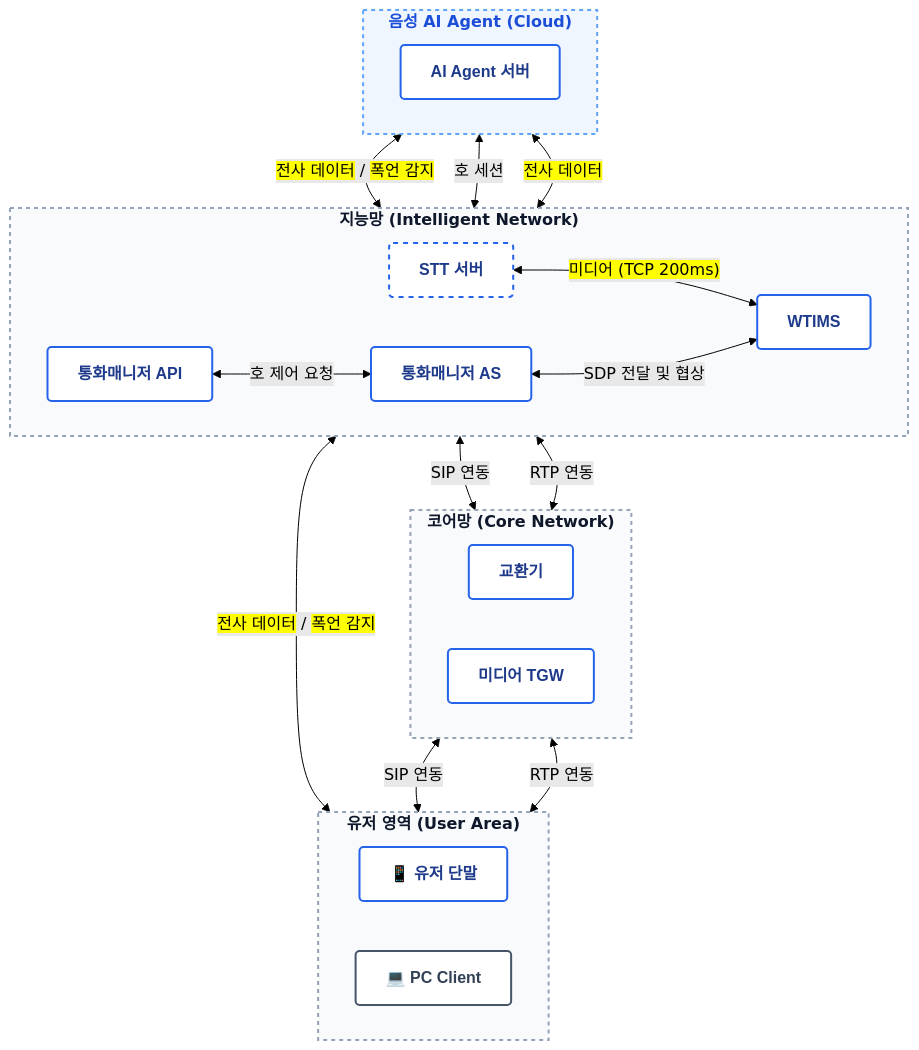
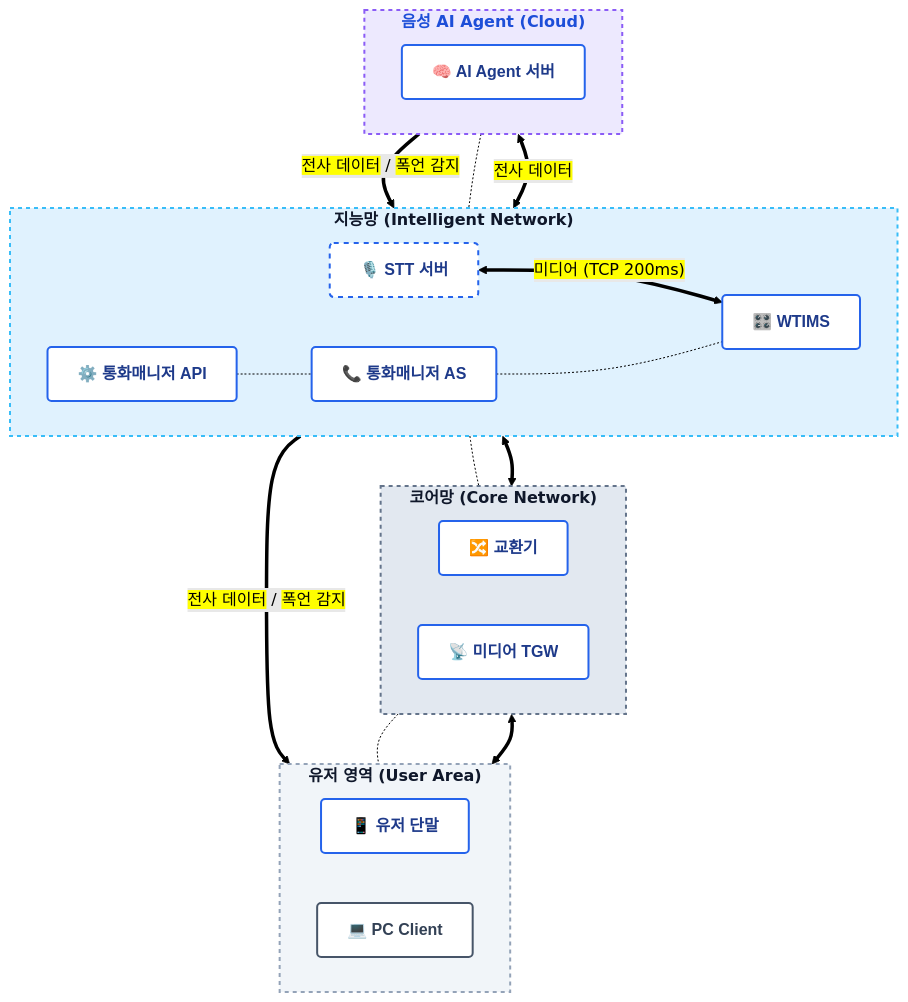
Before and after one commit to hak023/sip_pbx: the diagram in docs/architecture/stt-agent-integration-in-stt.md, drawn with Mermaid (forest theme).

Commit message:
docs: apply ppt style layout with icons and pastel layers

````diff
--- a/docs/architecture/stt-agent-integration-in-stt.md
+++ b/docs/architecture/stt-agent-integration-in-stt.md
@@ -4,65 +4,69 @@
 ```mermaid
 graph TD
     %% 스타일 정의 (블루 & 화이트 컨설팅 펌 테마)
     classDef default fill:#ffffff,stroke:#cbd5e1,stroke-width:1px,color:#334155,font-family:sans-serif;
     classDef layerBox fill:#f8fafc,stroke:#94a3b8,stroke-width:2px,stroke-dasharray: 4 4,color:#0f172a,font-weight:bold;
     classDef cloudBox fill:#eff6ff,stroke:#60a5fa,stroke-width:2px,stroke-dasharray: 4 4,color:#1d4ed8,font-weight:bold;
+    classDef userLayer fill:#f1f5f9,stroke:#94a3b8,stroke-width:2px,stroke-dasharray: 4 4,color:#0f172a,font-weight:bold;
+    classDef coreLayer fill:#e2e8f0,stroke:#64748b,stroke-width:2px,stroke-dasharray: 4 4,color:#0f172a,font-weight:bold;
+    classDef intellLayer fill:#e0f2fe,stroke:#38bdf8,stroke-width:2px,stroke-dasharray: 4 4,color:#0f172a,font-weight:bold;
+    classDef cloudLayer fill:#ede9fe,stroke:#8b5cf6,stroke-width:2px,stroke-dasharray: 4 4,color:#1d4ed8,font-weight:bold;
     classDef nodeBox fill:#ffffff,stroke:#2563eb,stroke-width:2px,color:#1e3a8a,font-weight:bold,rx:4px,ry:4px;
     classDef dashedNodeBox fill:#ffffff,stroke:#2563eb,stroke-width:2px,stroke-dasharray: 5 5,color:#1e3a8a,font-weight:bold,rx:4px,ry:4px;
     classDef clientBox fill:#ffffff,stroke:#475569,stroke-width:2px,color:#334155,font-weight:bold,rx:4px,ry:4px;
 
     %% 계층별 Subgraph
     subgraph User_Area ["유저 영역 (User Area)"]
         direction LR
         UserTerminal["📱 유저 단말"]:::nodeBox
         PCClient["💻 PC Client"]:::clientBox
     end
 
     subgraph Core_Network ["코어망 (Core Network)"]
         direction LR
-        Switch["교환기"]:::nodeBox
-        MediaTGW["미디어 TGW"]:::nodeBox
+        Switch["🔀 교환기"]:::nodeBox
+        MediaTGW["📡 미디어 TGW"]:::nodeBox
     end
 
     subgraph Intelligent_Network ["지능망 (Intelligent Network)"]
         direction LR
-        CallManagerAS["통화매니저 AS"]:::nodeBox
-        WTIMS["WTIMS"]:::nodeBox
-        CallManagerAPI["통화매니저 API"]:::nodeBox
-        STTServer["STT 서버"]:::dashedNodeBox
+        CallManagerAS["📞 통화매니저 AS"]:::nodeBox
+        WTIMS["🎛️ WTIMS"]:::nodeBox
+        CallManagerAPI["⚙️ 통화매니저 API"]:::nodeBox
+        STTServer["🎙️ STT 서버"]:::dashedNodeBox
     end
 
     subgraph Cloud_Agent ["음성 AI Agent (Cloud)"]
         direction LR
-        AIAgent["AI Agent 서버"]:::nodeBox
+        AIAgent["🧠 AI Agent 서버"]:::nodeBox
     end
 
     %% 연결선 및 프로토콜 흐름 (위에서 아래로: Cloud -> Intelligent -> Core -> User)
     
     %% Cloud <-> Intelligent
-    AIAgent <-->|"<mark>전사 데이터</mark> / <mark>폭언 감지</mark>"| CallManagerAPI
-    AIAgent <-->|호 세션| CallManagerAS
-    AIAgent <-->|"<mark>전사 데이터</mark>"| STTServer
+    AIAgent ==>|"<mark>전사 데이터</mark> / <mark>폭언 감지</mark>"| CallManagerAPI
+    AIAgent -.- CallManagerAS
+    AIAgent <==>|"<mark>전사 데이터</mark>"| STTServer
     
     %% Intelligent 내부
-    STTServer <-->|"<mark>미디어 (TCP 200ms)</mark>"| WTIMS
-    CallManagerAPI <-->|호 제어 요청| CallManagerAS
-    CallManagerAS <-->|SDP 전달 및 협상| WTIMS
+    STTServer <==>|"<mark>미디어 (TCP 200ms)</mark>"| WTIMS
+    CallManagerAPI -.- CallManagerAS
+    CallManagerAS -.- WTIMS
     
     %% Intelligent <-> Core
-    CallManagerAS <-->|SIP 연동| Switch
-    WTIMS <-->|RTP 연동| MediaTGW
+    CallManagerAS -.- Switch
+    WTIMS <==> MediaTGW
     
     %% Core <-> User
-    Switch <-->|SIP 연동| UserTerminal
-    MediaTGW <-->|RTP 연동| UserTerminal
+    Switch -.- UserTerminal
+    MediaTGW <==> UserTerminal
     
     %% Intelligent <-> User
-    CallManagerAPI <-->|"<mark>전사 데이터</mark> / <mark>폭언 감지</mark>"| PCClient
+    CallManagerAPI ==>|"<mark>전사 데이터</mark> / <mark>폭언 감지</mark>"| PCClient
 
     %% 서브그래프 스타일 적용
-    class User_Area layerBox;
-    class Core_Network layerBox;
-    class Intelligent_Network layerBox;
-    class Cloud_Agent cloudBox;
+    class User_Area userLayer;
+    class Core_Network coreLayer;
+    class Intelligent_Network intellLayer;
+    class Cloud_Agent cloudLayer;
 ```
````
